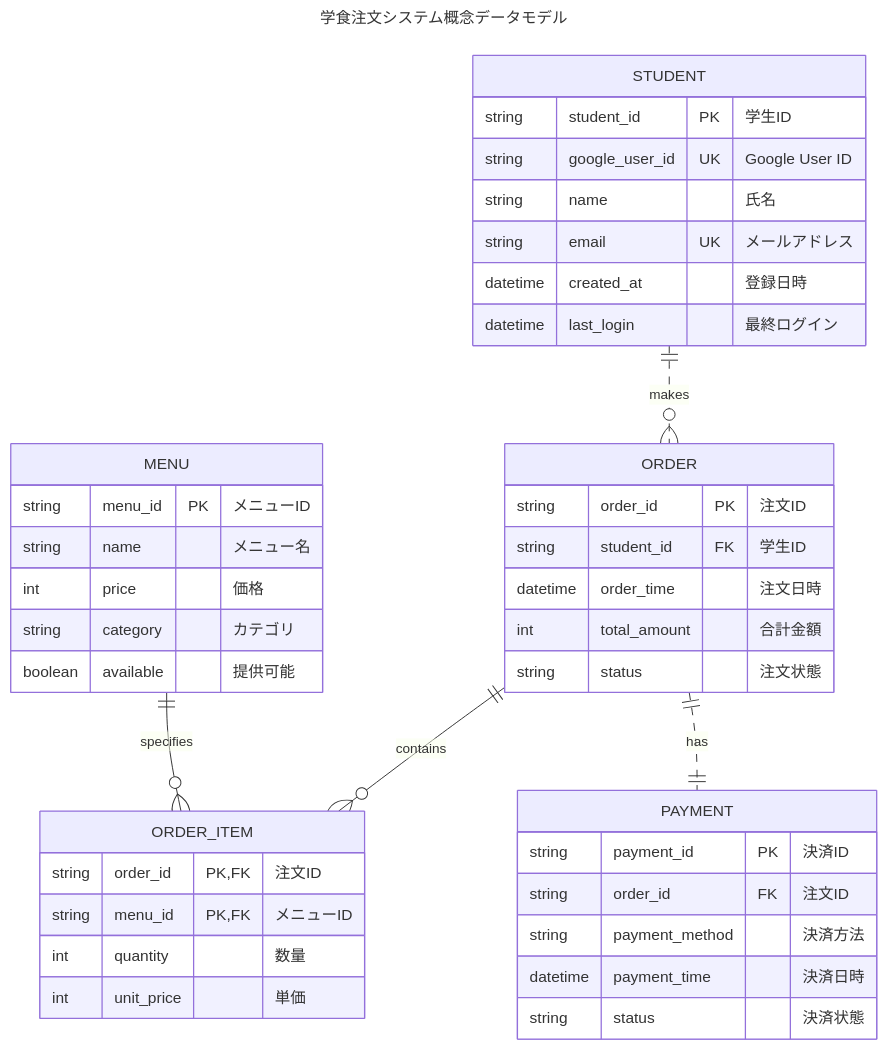
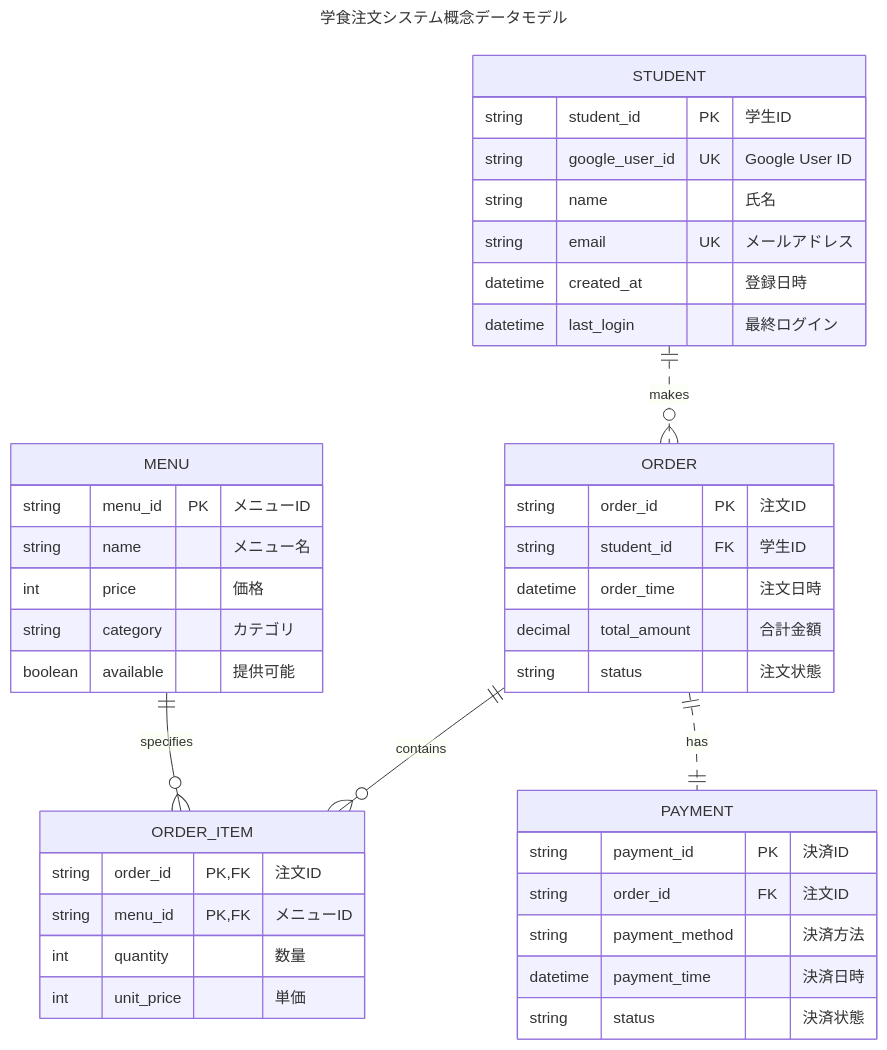
Before and after one commit to tarou-imokenpi/GAKUSHOKU-PASS: the second of 2 diagrams in docs/システム化計画.md, drawn with Mermaid.

````diff
--- a/docs/システム化計画.md
+++ b/docs/システム化計画.md
@@ -85,58 +85,58 @@
 ```mermaid
 ---
 title: 学食注文システム概念データモデル
 ---
 erDiagram
     %% エンティティの定義
     STUDENT {
         string student_id PK "学生ID"
         string google_user_id UK "Google User ID"
         string name "氏名"
         string email UK "メールアドレス"
         datetime created_at "登録日時"
         datetime last_login "最終ログイン"
     }
 
     ORDER {
         string order_id PK "注文ID"
         string student_id FK "学生ID"
         datetime order_time "注文日時"
-        int total_amount "合計金額"
+        decimal total_amount "合計金額"
         string status "注文状態"
     }
 
     ORDER_ITEM {
         string order_id PK,FK "注文ID"
         string menu_id PK,FK "メニューID"
         int quantity "数量"
         int unit_price "単価"
     }
 
     MENU {
         string menu_id PK "メニューID"
         string name "メニュー名"
         int price "価格"
         string category "カテゴリ"
         boolean available "提供可能"
     }
 
     PAYMENT {
         string payment_id PK "決済ID"
         string order_id FK "注文ID"
         string payment_method "決済方法"
         datetime payment_time "決済日時"
         string status "決済状態"
     }
 
     %% Non-identifying relationship: 学生は注文とは独立して存在可能
     STUDENT ||..o{ ORDER : "makes"
 
     %% Identifying relationship: 注文明細は注文なしには存在不可
     ORDER ||--o{ ORDER_ITEM : "contains"
 
     %% Identifying relationship: 注文明細はメニューなしには存在不可
     MENU ||--o{ ORDER_ITEM : "specifies"
 
     %% Non-identifying relationship: 決済は注文とは独立した概念
     ORDER ||..|| PAYMENT : "has"
 ```
````
